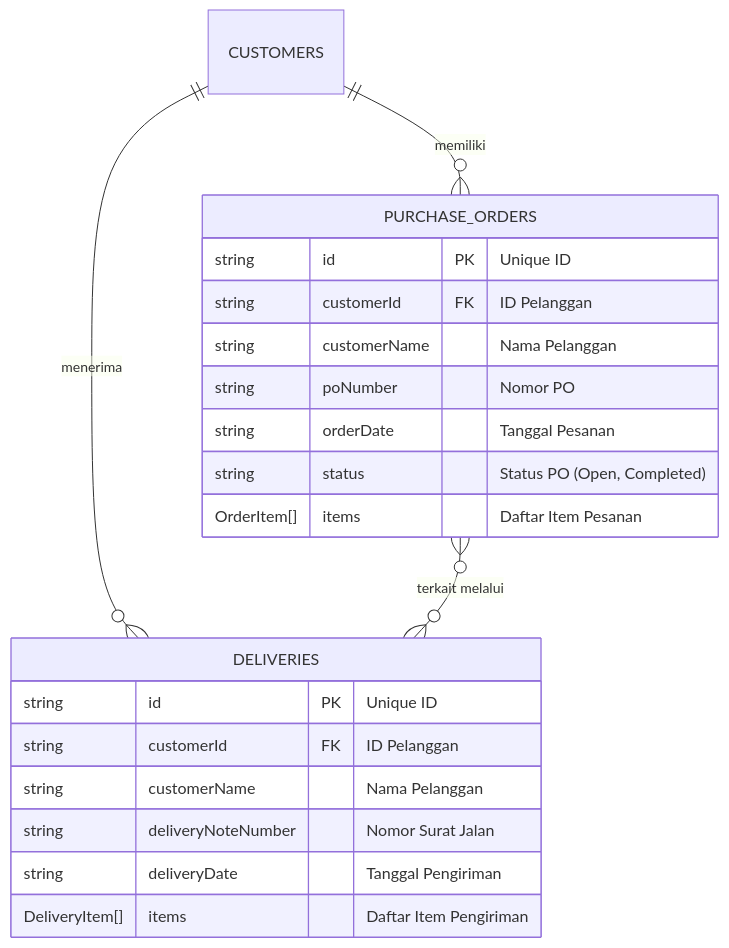
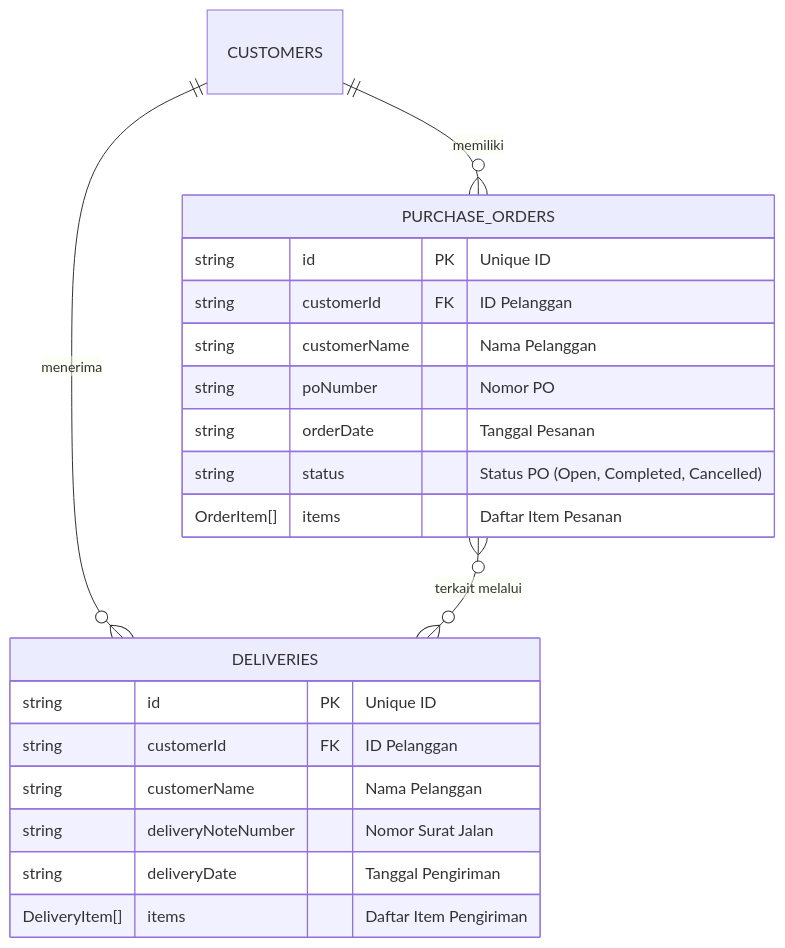
One commit to mrizkymxx/bsmcarton changed the first of 2 diagrams in README.md. Above: the diagram before and after it, drawn with Mermaid. The commit also changed other lines of this file, not shown here.

````diff
--- a/README.md
+++ b/README.md
@@ -58,27 +61,27 @@
 ```mermaid
 erDiagram
     CUSTOMERS ||--o{ PURCHASE_ORDERS : "memiliki"
     CUSTOMERS ||--o{ DELIVERIES : "menerima"
 
     PURCHASE_ORDERS {
         string id PK "Unique ID"
         string customerId FK "ID Pelanggan"
         string customerName "Nama Pelanggan"
         string poNumber "Nomor PO"
         string orderDate "Tanggal Pesanan"
-        string status "Status PO (Open, Completed)"
+        string status "Status PO (Open, Completed, Cancelled)"
         OrderItem[] items "Daftar Item Pesanan"
     }
 
     DELIVERIES {
         string id PK "Unique ID"
         string customerId FK "ID Pelanggan"
         string customerName "Nama Pelanggan"
         string deliveryNoteNumber "Nomor Surat Jalan"
         string deliveryDate "Tanggal Pengiriman"
         DeliveryItem[] items "Daftar Item Pengiriman"
     }
 
     PURCHASE_ORDERS }o--o{ DELIVERIES : "terkait melalui"
 
 ```
````
